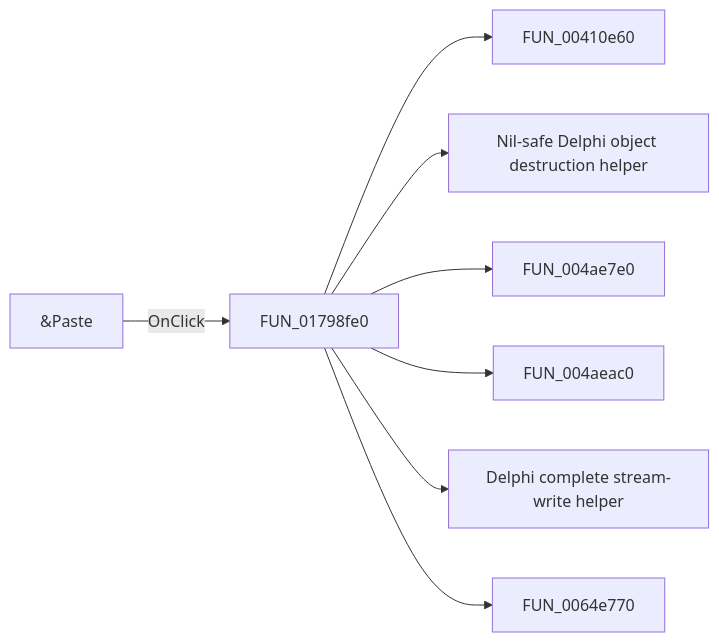
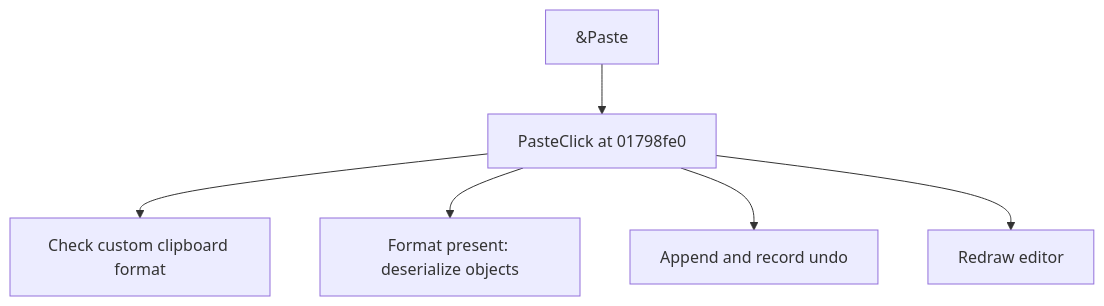
Before and after one commit to MovGP0/TIARA: the diagram in docs/ui-controls/shapeedit/paste-9a0d871188.md, drawn with Mermaid. The commit also changed other lines of this file and 1062 other files, not shown here.

````diff
--- a/docs/ui-controls/shapeedit/paste-9a0d871188.md
+++ b/docs/ui-controls/shapeedit/paste-9a0d871188.md
@@ -27,10 +27,8 @@
 ```mermaid
-flowchart LR
-    control["&Paste"] -->|OnClick| handler["FUN_01798fe0"]
-    handler --> call1["FUN_00410e60"]
-    handler --> call2["Nil-safe Delphi object destruction helper"]
-    handler --> call3["FUN_004ae7e0"]
-    handler --> call4["FUN_004aeac0"]
-    handler --> call5["Delphi complete stream-write helper"]
-    handler --> call6["FUN_0064e770"]
+flowchart TD
+    control["&Paste"] --> handler["PasteClick at 01798fe0"]
+    handler --> step1["Check custom clipboard format"]
+    handler --> step2["Format present: deserialize objects"]
+    handler --> step3["Append and record undo"]
+    handler --> step4["Redraw editor"]
 ```
````
